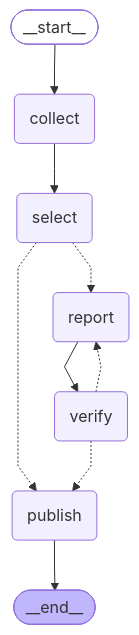
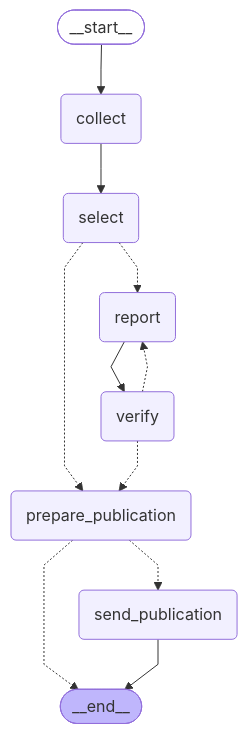
Before and after one commit to na06078/my-newsletter: the diagram in REPORT.md, drawn with Mermaid. The commit also changed other lines of this file and 4 other files, not shown here.

````diff
--- a/REPORT.md
+++ b/REPORT.md
@@ -98,26 +98,29 @@
 ```mermaid
 ---
 config:
   flowchart:
     curve: linear
 ---
 graph TD;
 	__start__([<p>__start__</p>]):::first
 	collect(collect)
 	select(select)
 	report(report)
 	verify(verify)
-	publish(publish)
+	prepare_publication(prepare_publication)
+	send_publication(send_publication)
 	__end__([<p>__end__</p>]):::last
 	__start__ --> collect;
 	collect --> select;
+	prepare_publication -.-> __end__;
+	prepare_publication -.-> send_publication;
 	report --> verify;
-	select -.-> publish;
+	select -.-> prepare_publication;
 	select -.-> report;
-	verify -.-> publish;
+	verify -.-> prepare_publication;
 	verify -.-> report;
-	publish --> __end__;
+	send_publication --> __end__;
 	classDef default fill:#f2f0ff,line-height:1.2
 	classDef first fill-opacity:0
 	classDef last fill:#bfb6fc
 ```
````
